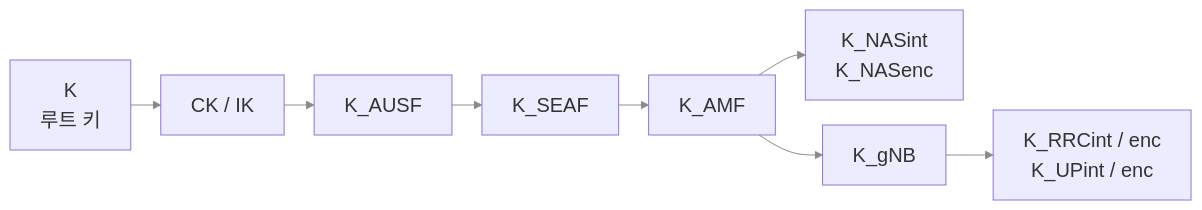
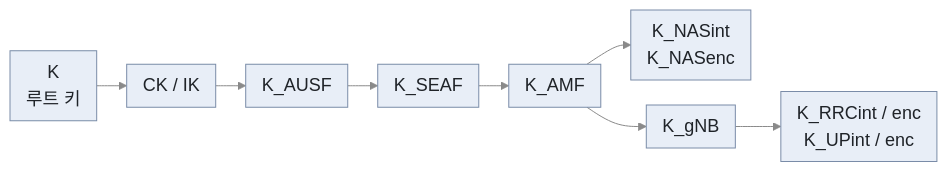
The diagram in 5g-security/fundamentals/01-01-5G_Key_Hierarchy.md (secututor/security-knowledge-base), drawn with Mermaid before and after one commit. The commit also changed 12 other files, not shown here.

Commit message:
docs: Mermaid 그림 28개에 공통 테마 적용 (밝은 노드, 박스 축소, 라벨 화살표 간격 확대)

````diff
--- a/5g-security/fundamentals/01-01-5G_Key_Hierarchy.md
+++ b/5g-security/fundamentals/01-01-5G_Key_Hierarchy.md
@@ -15,11 +15,11 @@
 ```mermaid
-%%{init: {"themeVariables": {"fontSize": "20px", "lineColor": "#8a8a8a", "signalColor": "#8a8a8a", "signalTextColor": "#8a8a8a", "actorLineColor": "#8a8a8a"}, "flowchart": {"nodeSpacing": 25, "rankSpacing": 30}}}%%
+%%{init: {"theme": "base", "themeVariables": {"fontSize": "18px", "primaryColor": "#e8eef7", "primaryTextColor": "#1f2328", "primaryBorderColor": "#7a8ca8", "secondaryColor": "#eef1f5", "tertiaryColor": "#f5f7fa", "lineColor": "#8a8a8a", "edgeLabelBackground": "#eef1f5", "clusterBkg": "#f5f7fa", "clusterBorder": "#7a8ca8", "actorBkg": "#e8eef7", "actorBorder": "#7a8ca8", "actorTextColor": "#1f2328", "actorLineColor": "#8a8a8a", "signalColor": "#8a8a8a", "signalTextColor": "#8a8a8a", "noteBkgColor": "#fff8dc", "noteTextColor": "#1f2328", "noteBorderColor": "#c9b458"}, "flowchart": {"nodeSpacing": 25, "rankSpacing": 30, "padding": 8}, "sequence": {"width": 110, "height": 40, "boxMargin": 6, "noteMargin": 6, "actorMargin": 40}}}%%
 flowchart LR
     K["K<br>루트 키"] --> CKIK["CK / IK"]
     CKIK --> KAUSF["K_AUSF"]
     KAUSF --> KSEAF["K_SEAF"]
     KSEAF --> KAMF["K_AMF"]
     KAMF --> NAS["K_NASint<br>K_NASenc"]
     KAMF --> KGNB["K_gNB"]
     KGNB --> AS["K_RRCint / enc<br>K_UPint / enc"]
 ```
````
